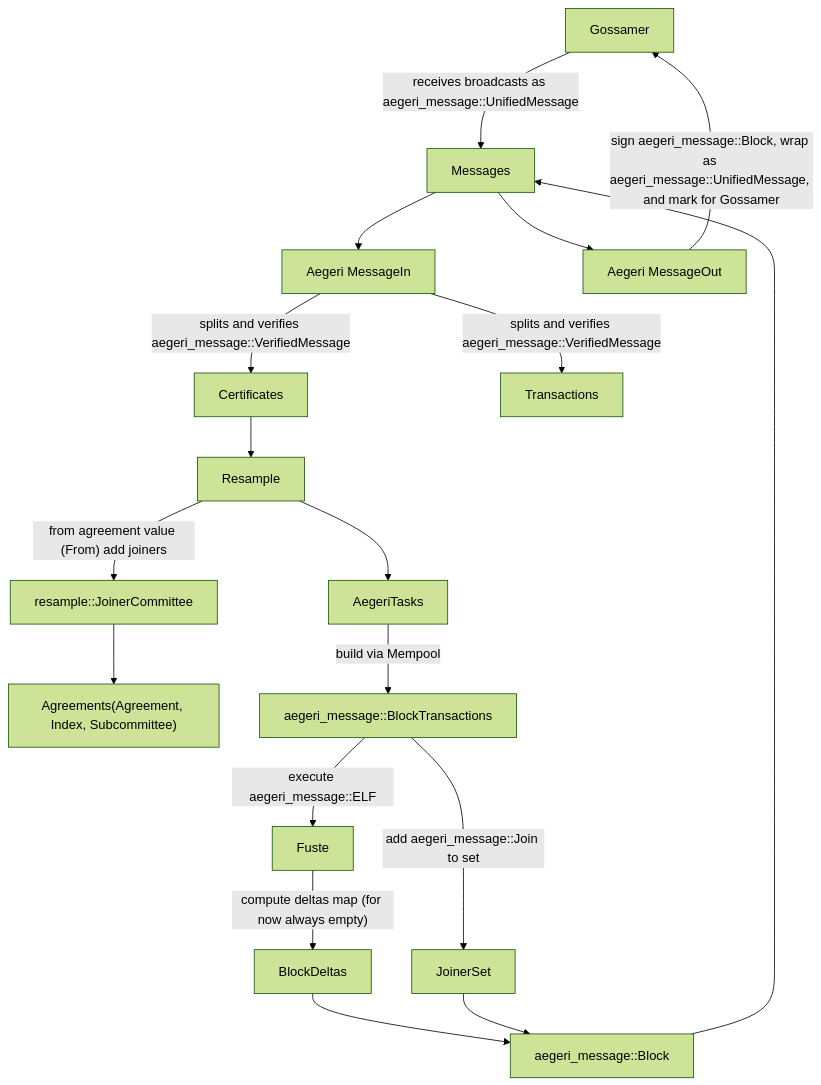
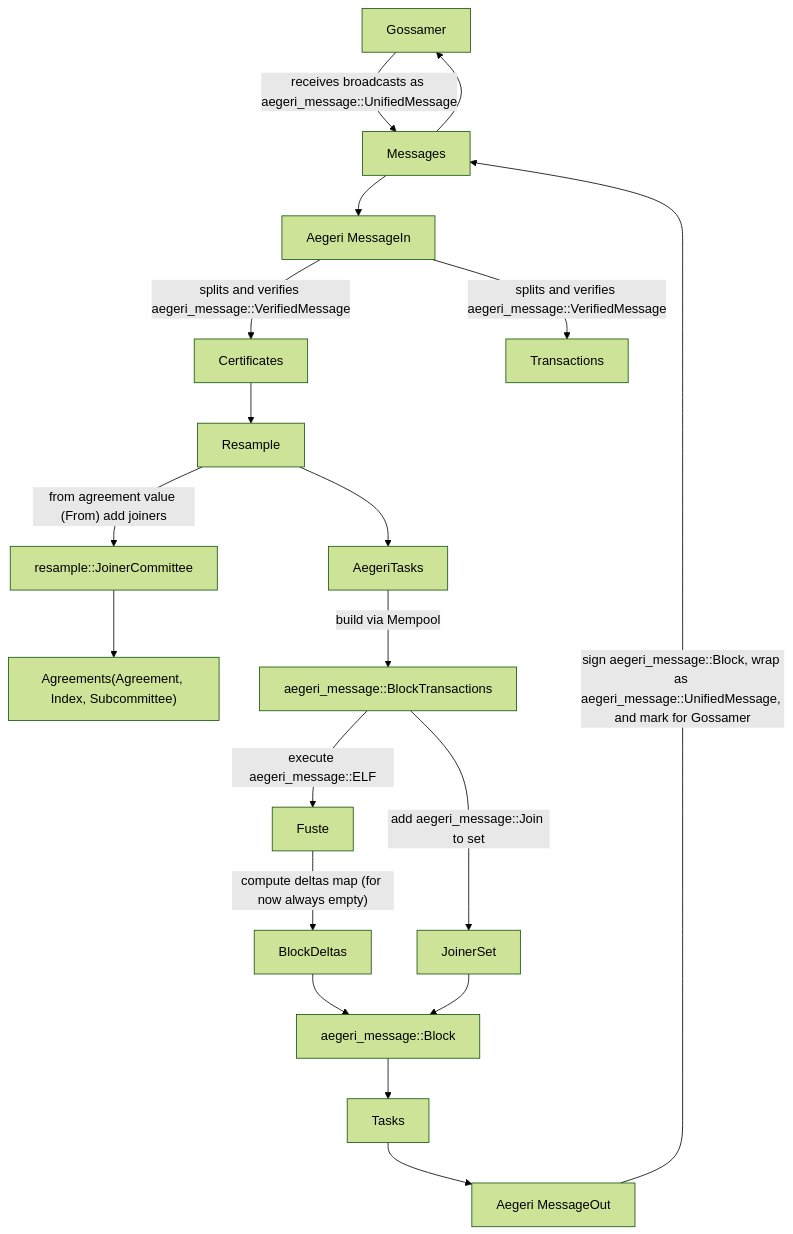
The diagram in aegeri/process/README.md (ramate-io/gwrdfa), drawn with Mermaid (forest theme) before and after one commit.

Commit message:
docs: blocks flow into tasks buffers before flowing into messages.

````diff
--- a/aegeri/process/README.md
+++ b/aegeri/process/README.md
@@ -6,20 +6,21 @@
 ```mermaid
 flowchart TB
     Gossamer["Gossamer"] -- "receives broadcasts as aegeri_message::UnifiedMessage" -->Messages["Messages"]
     Messages --> AMI["Aegeri MessageIn"]
     AMI -- "splits and verifies aegeri_message::VerifiedMessage<Certificate>" --> Certificates["Certificates"]
     AMI -- "splits and verifies aegeri_message::VerifiedMessage<Transaction>" --> Transactions["Transactions"]
     Certificates --> Resample["Resample"]
     Resample --> AT["AegeriTasks"]
     Resample -- "from agreement value (From<Value = aegeri_message::Block>) add joiners" --> JC["resample::JoinerCommittee"]
     JC --> ISA["Agreements(Agreement, Index, Subcommittee)"]
     AT -- "build via Mempool" --> ABT["aegeri_message::BlockTransactions"]
     ABT -- "execute aegeri_message::ELF" --> Fuste["Fuste"]
     Fuste -- "compute deltas map (for now always empty)" --> BD["BlockDeltas"]
     ABT -- "add aegeri_message::Join to set" --> JS["JoinerSet"]
     BD --> AB["aegeri_message::Block"]
     JS --> AB
-    AB --> Messages
-    Messages --> AMO["Aegeri MessageOut"] 
-    AMO -- "sign aegeri_message::Block, wrap as aegeri_message::UnifiedMessage, and mark for Gossamer" --> Gossamer
+    AB --> Tasks["Tasks"]
+    Tasks --> AMO["Aegeri MessageOut"] 
+    AMO -- "sign aegeri_message::Block, wrap as aegeri_message::UnifiedMessage, and mark for Gossamer" --> Messages
+    Messages --> Gossamer
 ```
````
